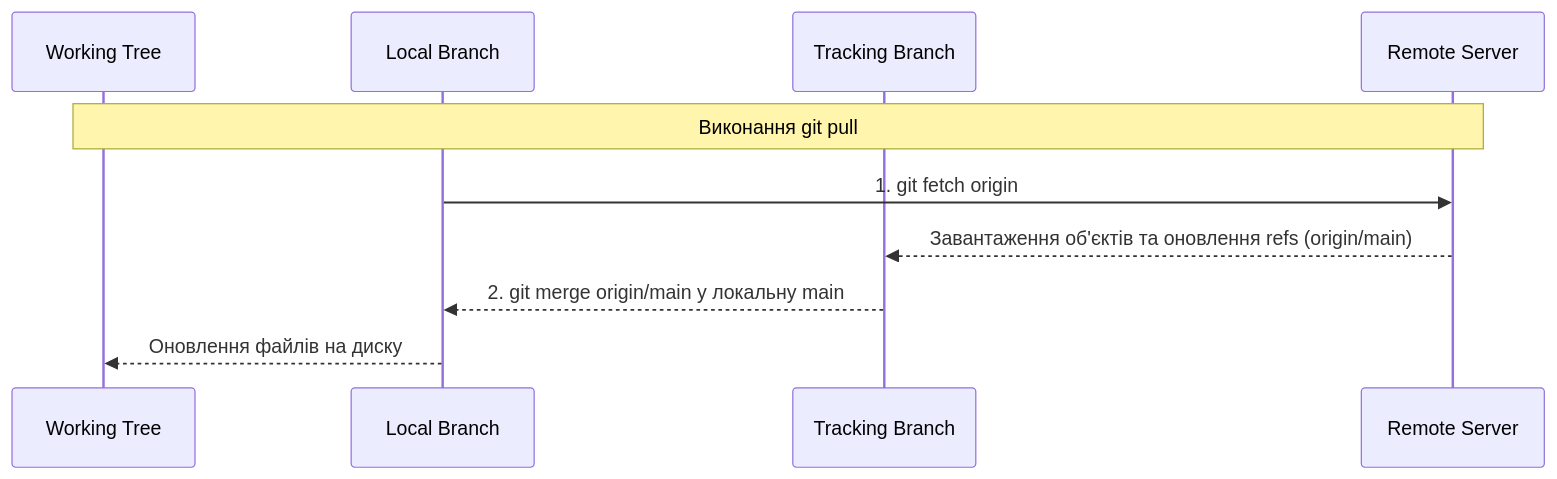
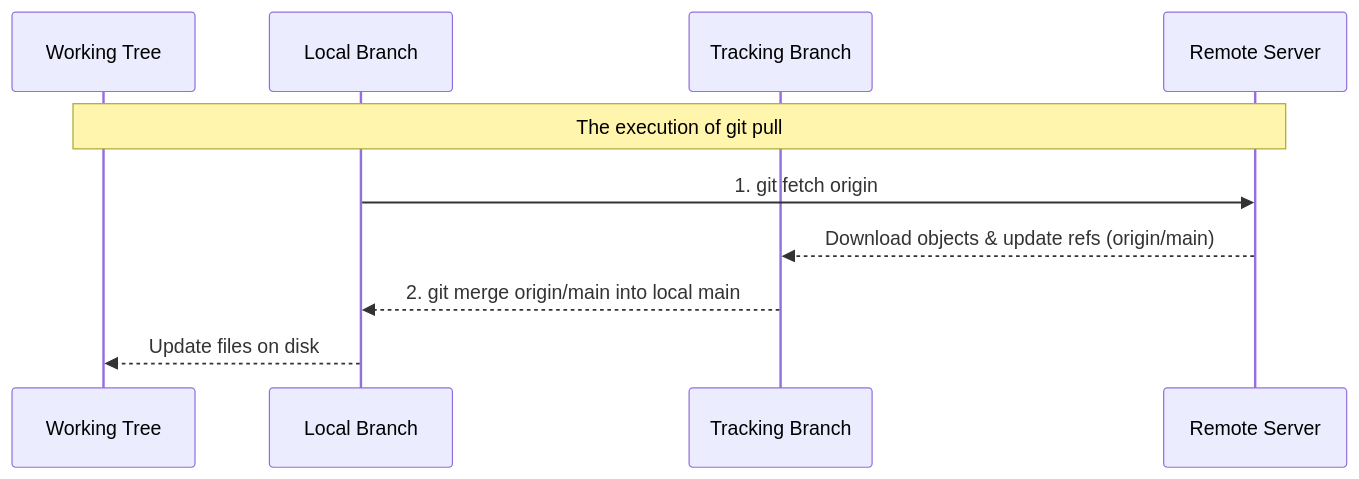
One commit to kube-dojo/kube-dojo changed the second of 4 diagrams in src/content/docs/uk/prerequisites/git-deep-dive/module-7-remotes-prs.md. Above: the diagram before and after it, drawn with Mermaid. The commit also changed other lines of this file and 9 other files, not shown here.

````diff
--- a/src/content/docs/uk/prerequisites/git-deep-dive/module-7-remotes-prs.md
+++ b/src/content/docs/uk/prerequisites/git-deep-dive/module-7-remotes-prs.md
@@ -114,13 +107,13 @@
 ```mermaid
 sequenceDiagram
     participant Working Tree
     participant Local Branch
     participant Tracking Branch
     participant Remote Server
     
-    Note over Working Tree, Remote Server: Виконання git pull
+    Note over Working Tree, Remote Server: The execution of git pull
     Local Branch->>Remote Server: 1. git fetch origin
-    Remote Server-->>Tracking Branch: Завантаження об'єктів та оновлення refs (origin/main)
-    Tracking Branch-->>Local Branch: 2. git merge origin/main у локальну main
-    Local Branch-->>Working Tree: Оновлення файлів на диску
+    Remote Server-->>Tracking Branch: Download objects & update refs (origin/main)
+    Tracking Branch-->>Local Branch: 2. git merge origin/main into local main
+    Local Branch-->>Working Tree: Update files on disk
 ```
````
